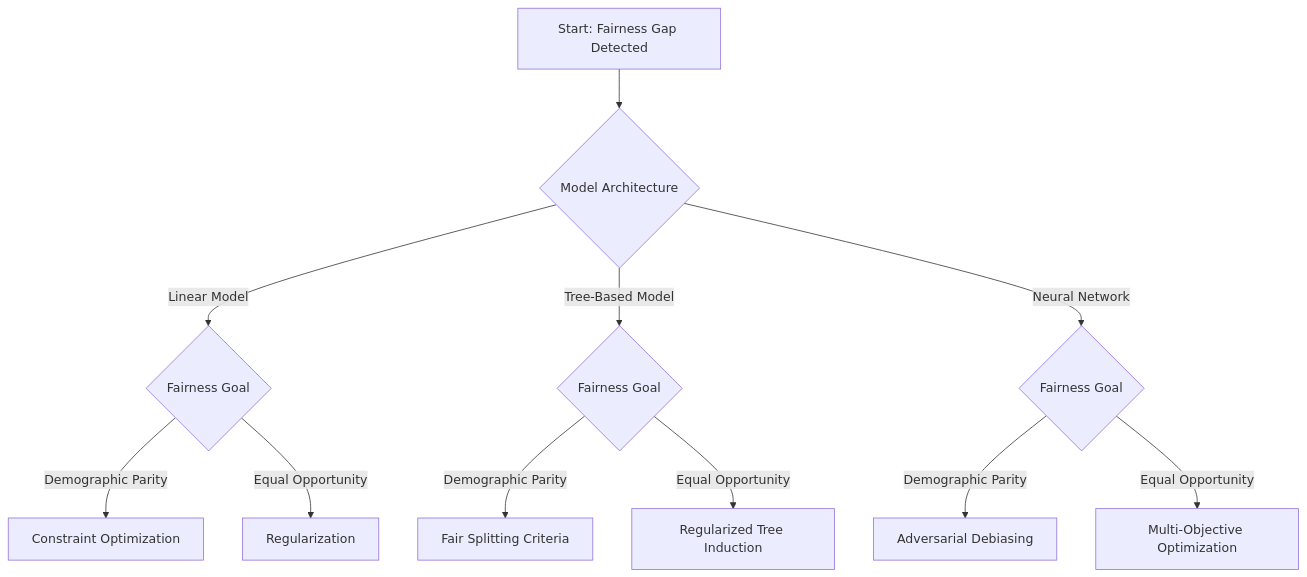
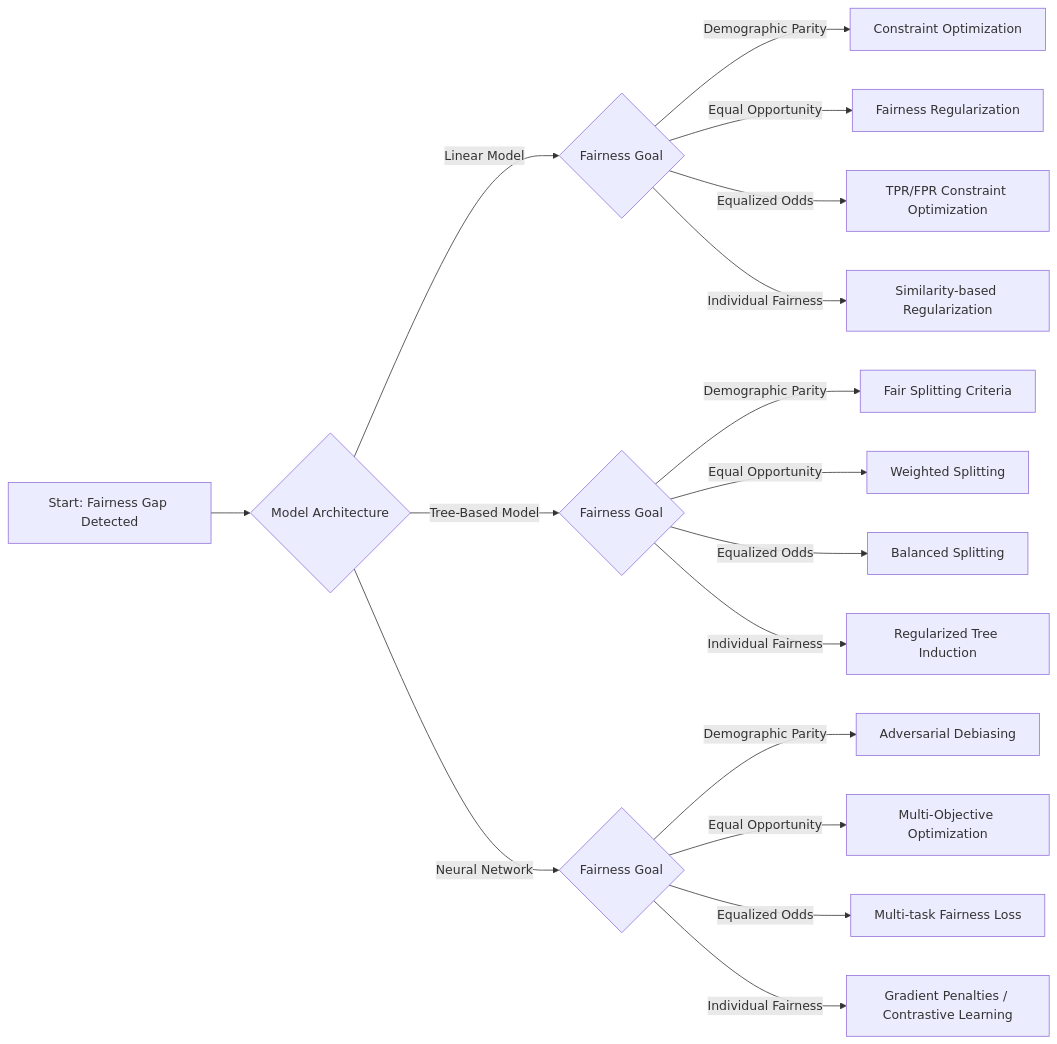
The diagram in Fairness_Intervention_Playbook/3_INPR.md (monikase/AI_Ethics), drawn with Mermaid before and after one commit.

````diff
--- a/Fairness_Intervention_Playbook/3_INPR.md
+++ b/Fairness_Intervention_Playbook/3_INPR.md
@@ -217,18 +217,27 @@
 ```mermaid
-flowchart TD
+flowchart LR
 
 A[Start: Fairness Gap Detected] --> B{Model Architecture}
 
 B -->|Linear Model| C{Fairness Goal}
 B -->|Tree-Based Model| D{Fairness Goal}
 B -->|Neural Network| E{Fairness Goal}
 
+%% Linear models
 C -->|Demographic Parity| F[Constraint Optimization]
-C -->|Equal Opportunity| G[Regularization]
+C -->|Equal Opportunity| G[Fairness Regularization]
+C -->|Equalized Odds| H[TPR/FPR Constraint Optimization]
+C -->|Individual Fairness| I[Similarity-based Regularization]
 
-D -->|Demographic Parity| H[Fair Splitting Criteria]
-D -->|Equal Opportunity| I[Regularized Tree Induction]
+%% Tree models
+D -->|Demographic Parity| J[Fair Splitting Criteria]
+D -->|Equal Opportunity| K[Weighted Splitting]
+D -->|Equalized Odds| L[Balanced Splitting]
+D -->|Individual Fairness| M[Regularized Tree Induction]
 
-E -->|Demographic Parity| J[Adversarial Debiasing]
-E -->|Equal Opportunity| K[Multi-Objective Optimization]
+%% Neural networks
+E -->|Demographic Parity| N[Adversarial Debiasing]
+E -->|Equal Opportunity| O[Multi-Objective Optimization]
+E -->|Equalized Odds| P[Multi-task Fairness Loss]
+E -->|Individual Fairness| Q[Gradient Penalties / Contrastive Learning]
 ```
````
